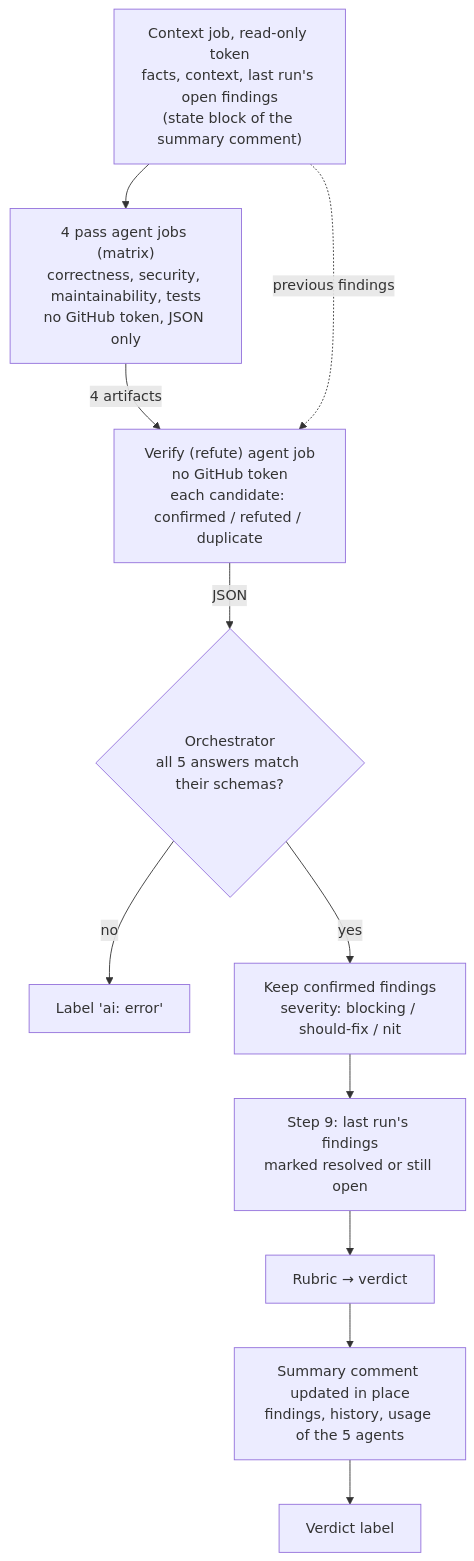
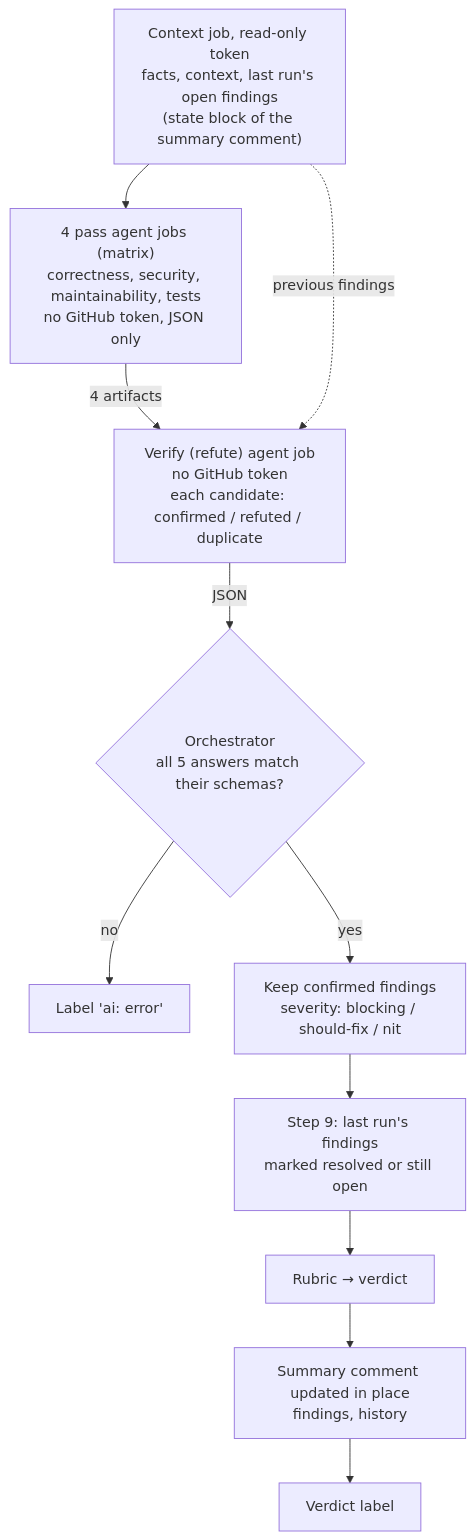
One commit to esciara/ai-workflows changed the diagram in docs/diagrams/wp2b.mmd. Above: the diagram before and after it, drawn with Mermaid. The commit also changed 23 other files, not shown here.

```diff
--- a/docs/diagrams/wp2b.mmd
+++ b/docs/diagrams/wp2b.mmd
@@ -1,11 +1,11 @@
 flowchart TD
   C["Context job, read-only token<br/>facts, context, last run's open findings<br/>(state block of the summary comment)"] --> P["4 pass agent jobs (matrix)<br/>correctness, security, maintainability, tests<br/>no GitHub token, JSON only"]
   P -- 4 artifacts --> VP["Verify (refute) agent job<br/>no GitHub token<br/>each candidate: confirmed / refuted / duplicate"]
   C -. previous findings .-> VP
   VP -- JSON --> V{"Orchestrator<br/>all 5 answers match their schemas?"}
   V -- no --> E["Label 'ai: error'"]
   V -- yes --> F["Keep confirmed findings<br/>severity: blocking / should-fix / nit"]
   F --> H["Step 9: last run's findings<br/>marked resolved or still open"]
   H --> R["Rubric → verdict"]
-  R --> M["Summary comment updated in place<br/>findings, history, usage of the 5 agents"]
+  R --> M["Summary comment updated in place<br/>findings, history"]
   M --> L["Verdict label"]
```
